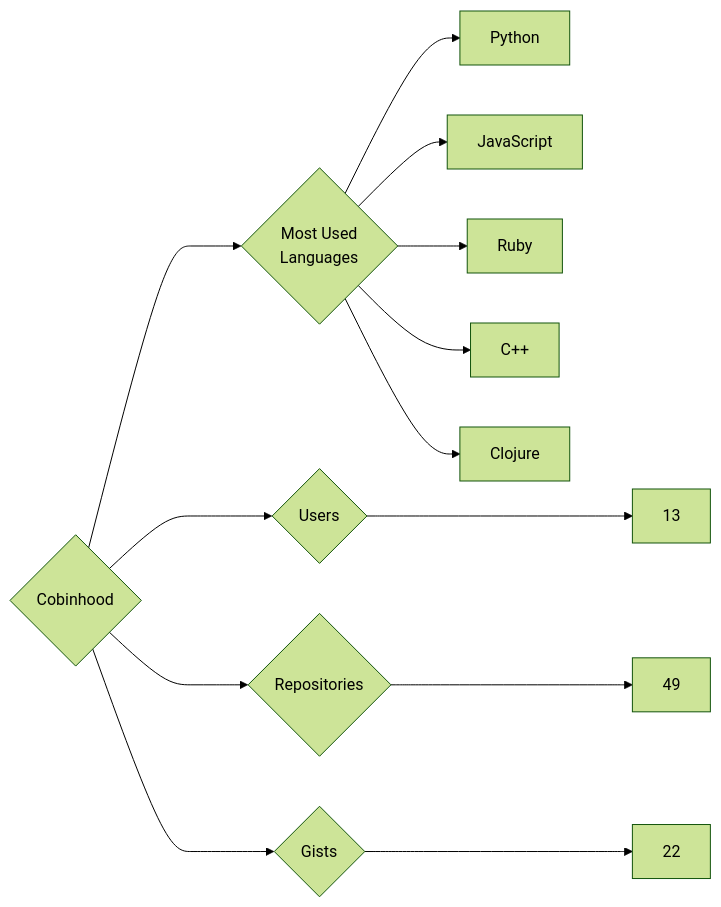
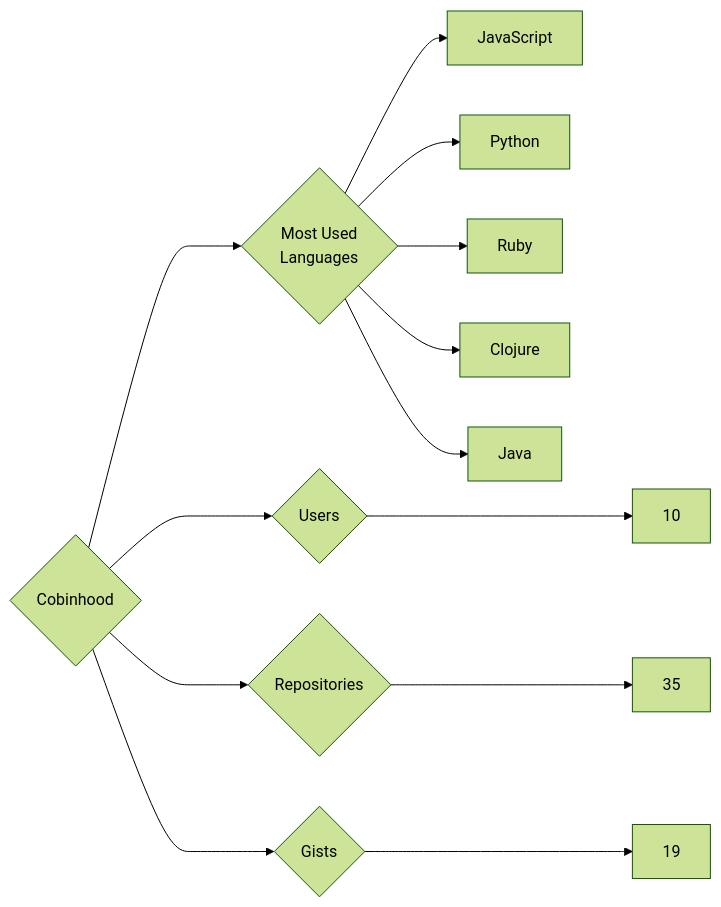
Before and after one commit to trickest/insiders: the diagram in targets/Cobinhood/README.md, drawn with Mermaid (forest theme). The commit also changed 783 other files, not shown here.

````diff
--- a/targets/Cobinhood/README.md
+++ b/targets/Cobinhood/README.md
@@ -3,13 +3,13 @@
 ```mermaid
 graph LR
 COMPANY_NAME{Cobinhood}
-COMPANY_NAME ---> U{Users} ---> UN[13]
-COMPANY_NAME ---> R{Repositories} ---> RN[49]
-COMPANY_NAME ---> G{Gists} ---> GN[22]
+COMPANY_NAME ---> U{Users} ---> UN[10]
+COMPANY_NAME ---> R{Repositories} ---> RN[35]
+COMPANY_NAME ---> G{Gists} ---> GN[19]
 COMPANY_NAME ---> ML{Most Used<br>Languages}
+ML --> JavaScript[JavaScript]
 ML --> Python[Python]
-ML --> JavaScript[JavaScript]
 ML --> Ruby[Ruby]
-ML --> C++[C++]
 ML --> Clojure[Clojure]
+ML --> Java[Java]
 ```
````
